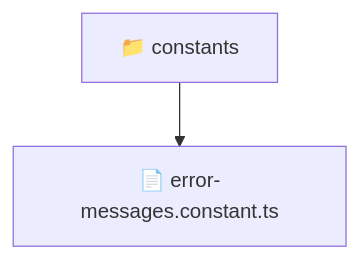
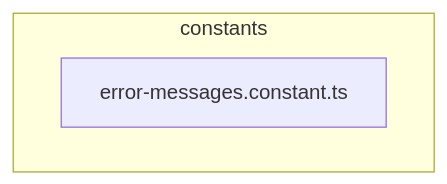
The diagram in backend/src/common/constants/README.md (beginwebdev2002/fullstack-mavluda), drawn with Mermaid before and after one commit. The commit also changed other lines of this file and 163 other files, not shown here.

````diff
--- a/backend/src/common/constants/README.md
+++ b/backend/src/common/constants/README.md
@@ -9,5 +15,6 @@
 ```mermaid
 graph TD
-  Root["📁 constants"]
-  Root --> error_messages_constant_ts["📄 error-messages.constant.ts"]
+  subgraph constants
+    error_messages_constant_ts["error-messages.constant.ts"]
+  end
 ```
````
